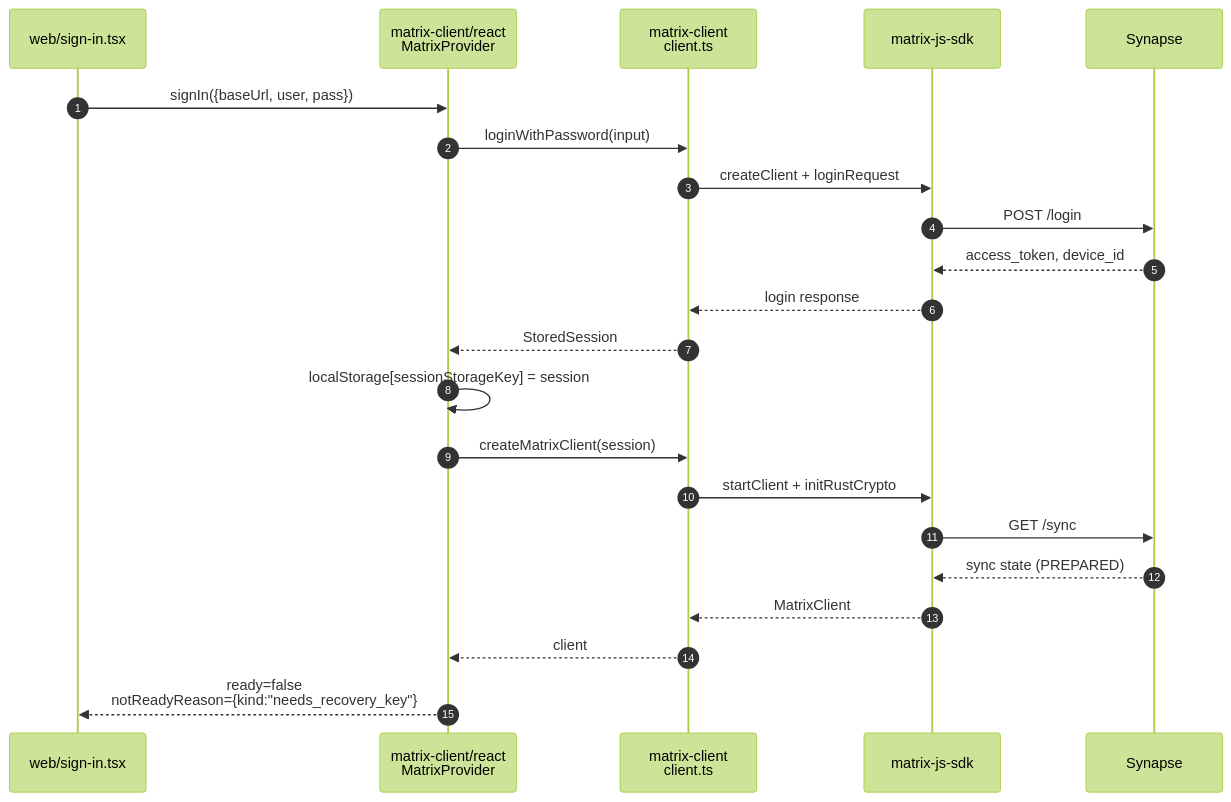
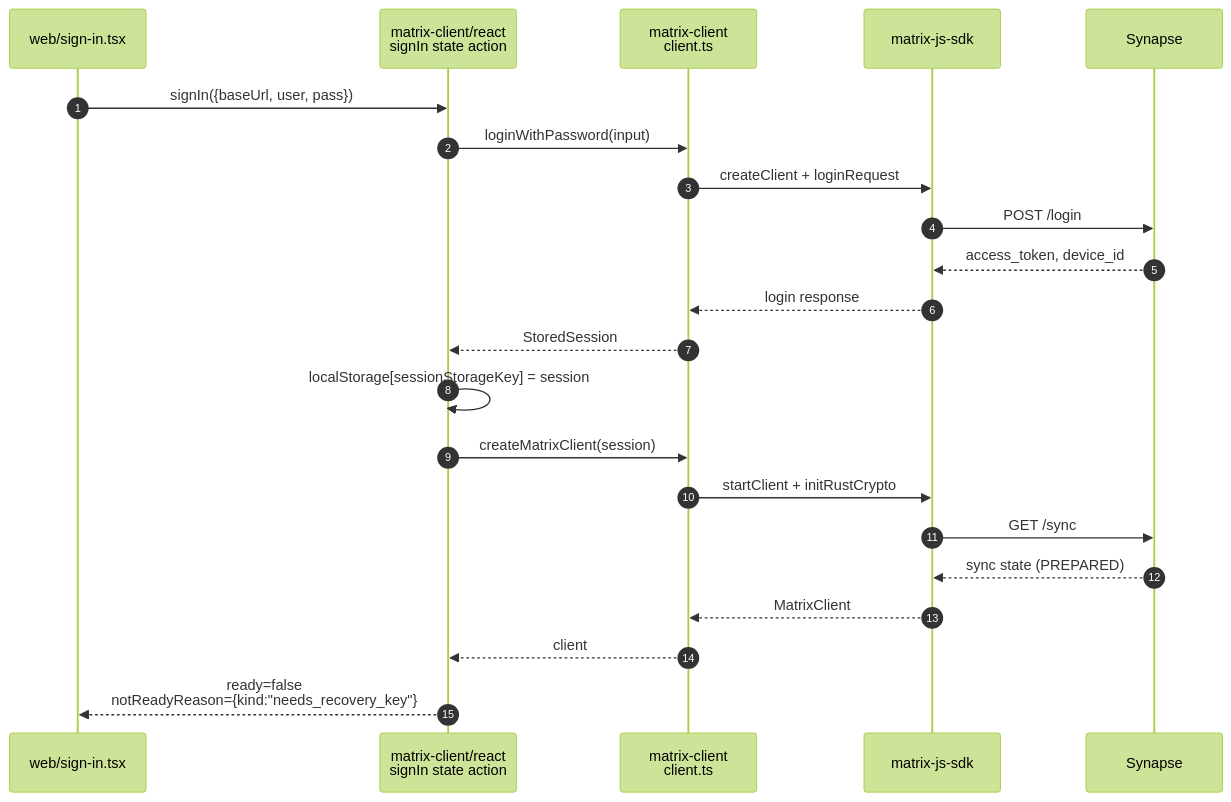
Before and after one commit to tini-works/e2ee-exploration: the second of 5 diagrams in README.md, drawn with Mermaid (forest theme). The commit also changed 21 other files, not shown here.

First line of the commit message:
feat(matrix-client): add pumped-fn state layer

````diff
--- a/README.md
+++ b/README.md
@@ -104,25 +104,25 @@
 ```mermaid
 sequenceDiagram
     autonumber
     participant UI as web/sign-in.tsx
-    participant Hook as matrix-client/react<br/>MatrixProvider
+    participant Hook as matrix-client/react<br/>signIn state action
     participant Core as matrix-client<br/>client.ts
     participant SDK as matrix-js-sdk
     participant HS as Synapse
 
     UI->>Hook: signIn({baseUrl, user, pass})
     Hook->>Core: loginWithPassword(input)
     Core->>SDK: createClient + loginRequest
     SDK->>HS: POST /login
     HS-->>SDK: access_token, device_id
     SDK-->>Core: login response
     Core-->>Hook: StoredSession
     Hook->>Hook: localStorage[sessionStorageKey] = session
     Hook->>Core: createMatrixClient(session)
     Core->>SDK: startClient + initRustCrypto
     SDK->>HS: GET /sync
     HS-->>SDK: sync state (PREPARED)
     SDK-->>Core: MatrixClient
     Core-->>Hook: client
     Hook-->>UI: ready=false<br/>notReadyReason={kind:"needs_recovery_key"}
 ```
````
